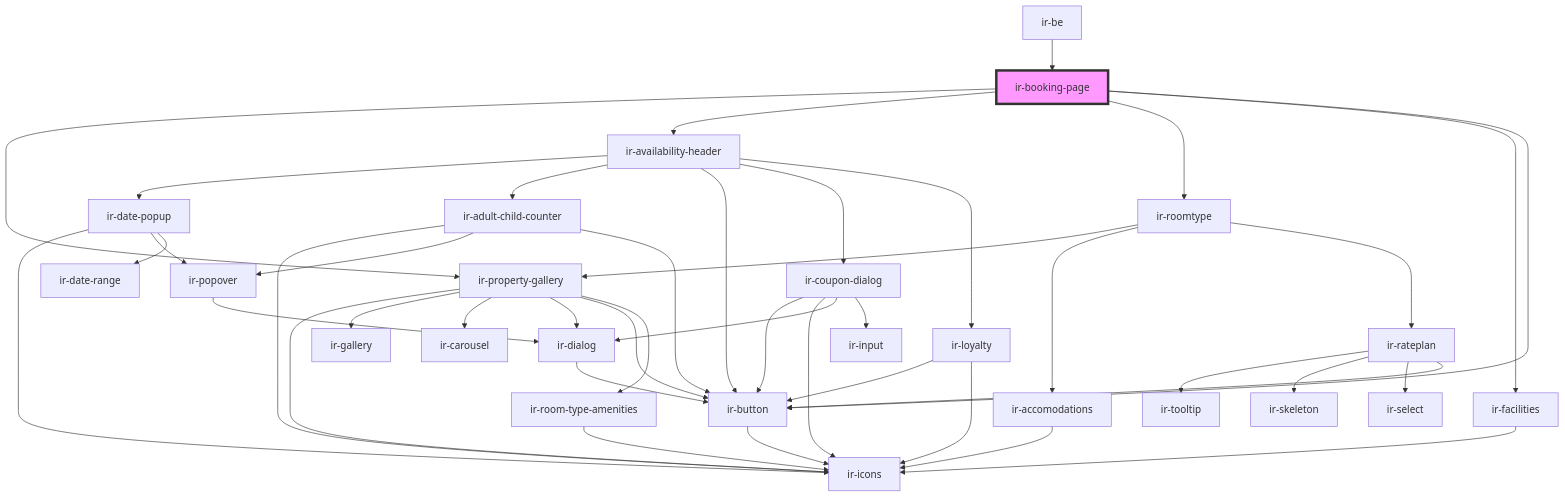
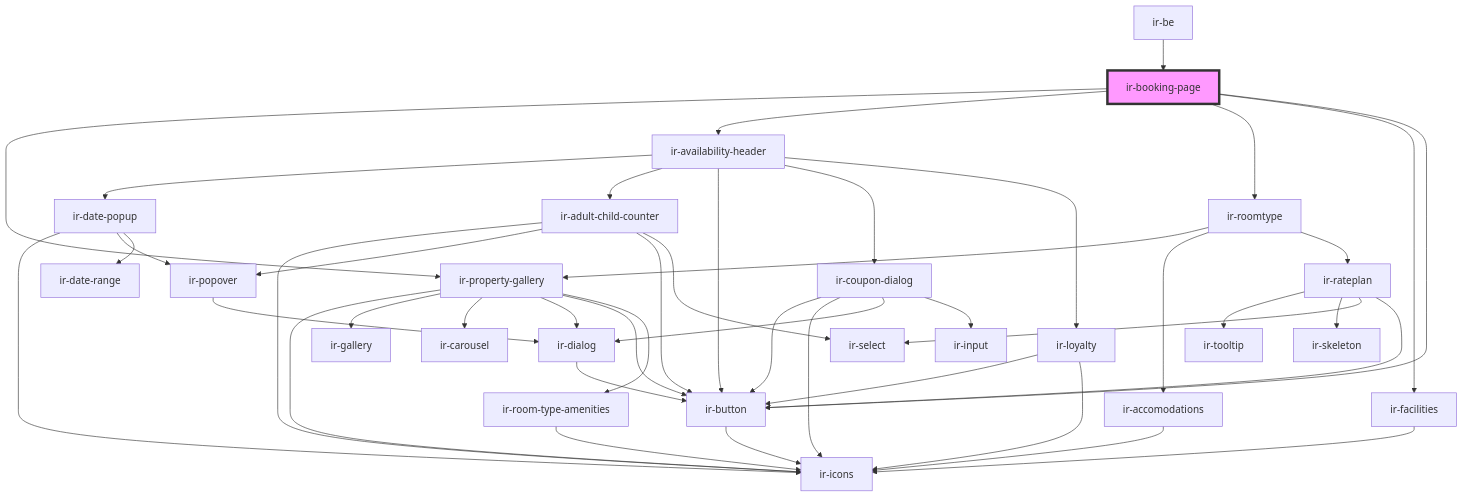
One commit to RonyRizk/ir-be changed the diagram in src/components/ir-booking-engine/ir-booking-page/readme.md. Above: the diagram before and after it, drawn with Mermaid. The commit also changed 48 other files, not shown here.

````diff
--- a/src/components/ir-booking-engine/ir-booking-page/readme.md
+++ b/src/components/ir-booking-engine/ir-booking-page/readme.md
@@ -41,46 +41,47 @@
 ```mermaid
 graph TD;
   ir-booking-page --> ir-property-gallery
   ir-booking-page --> ir-availability-header
   ir-booking-page --> ir-roomtype
   ir-booking-page --> ir-facilities
   ir-booking-page --> ir-button
   ir-property-gallery --> ir-icons
   ir-property-gallery --> ir-gallery
   ir-property-gallery --> ir-carousel
   ir-property-gallery --> ir-dialog
   ir-property-gallery --> ir-button
   ir-property-gallery --> ir-room-type-amenities
   ir-dialog --> ir-button
   ir-button --> ir-icons
   ir-room-type-amenities --> ir-icons
   ir-availability-header --> ir-date-popup
   ir-availability-header --> ir-adult-child-counter
   ir-availability-header --> ir-button
   ir-availability-header --> ir-coupon-dialog
   ir-availability-header --> ir-loyalty
   ir-date-popup --> ir-icons
   ir-date-popup --> ir-popover
   ir-date-popup --> ir-date-range
   ir-popover --> ir-dialog
   ir-adult-child-counter --> ir-icons
   ir-adult-child-counter --> ir-popover
   ir-adult-child-counter --> ir-button
+  ir-adult-child-counter --> ir-select
   ir-coupon-dialog --> ir-button
   ir-coupon-dialog --> ir-icons
   ir-coupon-dialog --> ir-dialog
   ir-coupon-dialog --> ir-input
   ir-loyalty --> ir-button
   ir-loyalty --> ir-icons
   ir-roomtype --> ir-property-gallery
   ir-roomtype --> ir-accomodations
   ir-roomtype --> ir-rateplan
   ir-accomodations --> ir-icons
   ir-rateplan --> ir-tooltip
   ir-rateplan --> ir-skeleton
   ir-rateplan --> ir-select
   ir-rateplan --> ir-button
   ir-facilities --> ir-icons
   ir-be --> ir-booking-page
   style ir-booking-page fill:#f9f,stroke:#333,stroke-width:4px
 ```
````
